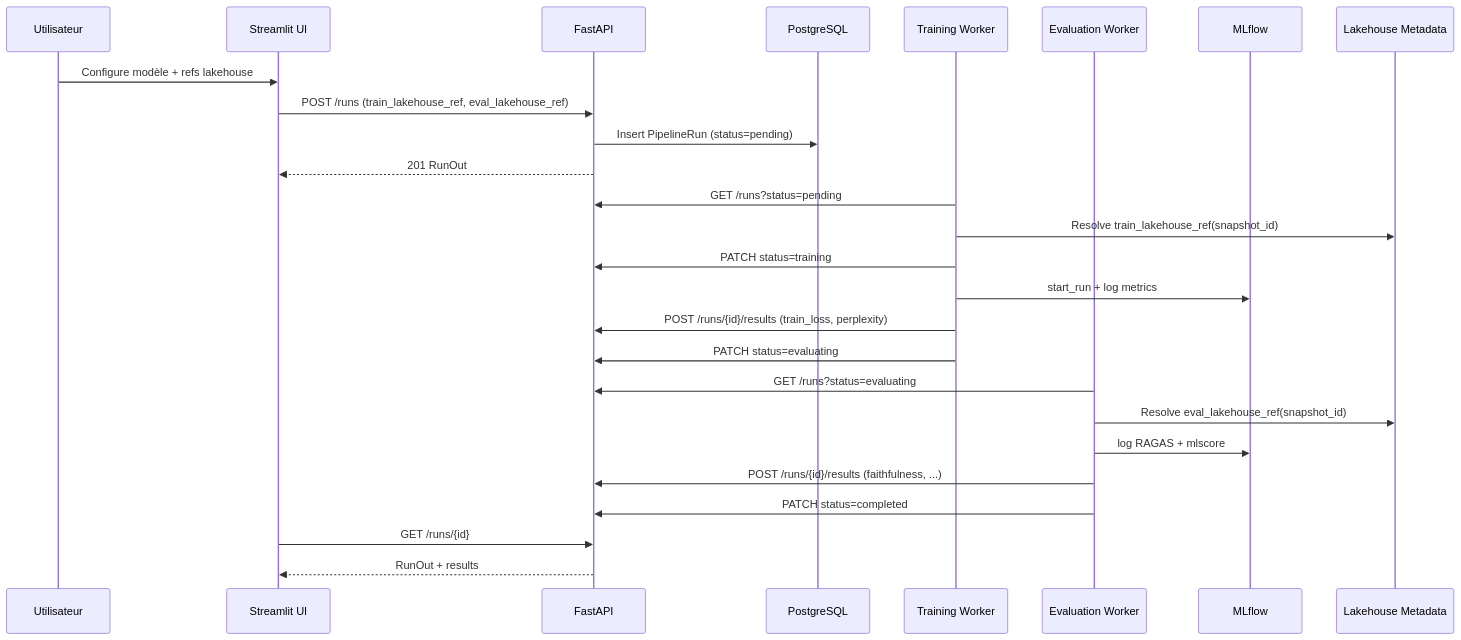
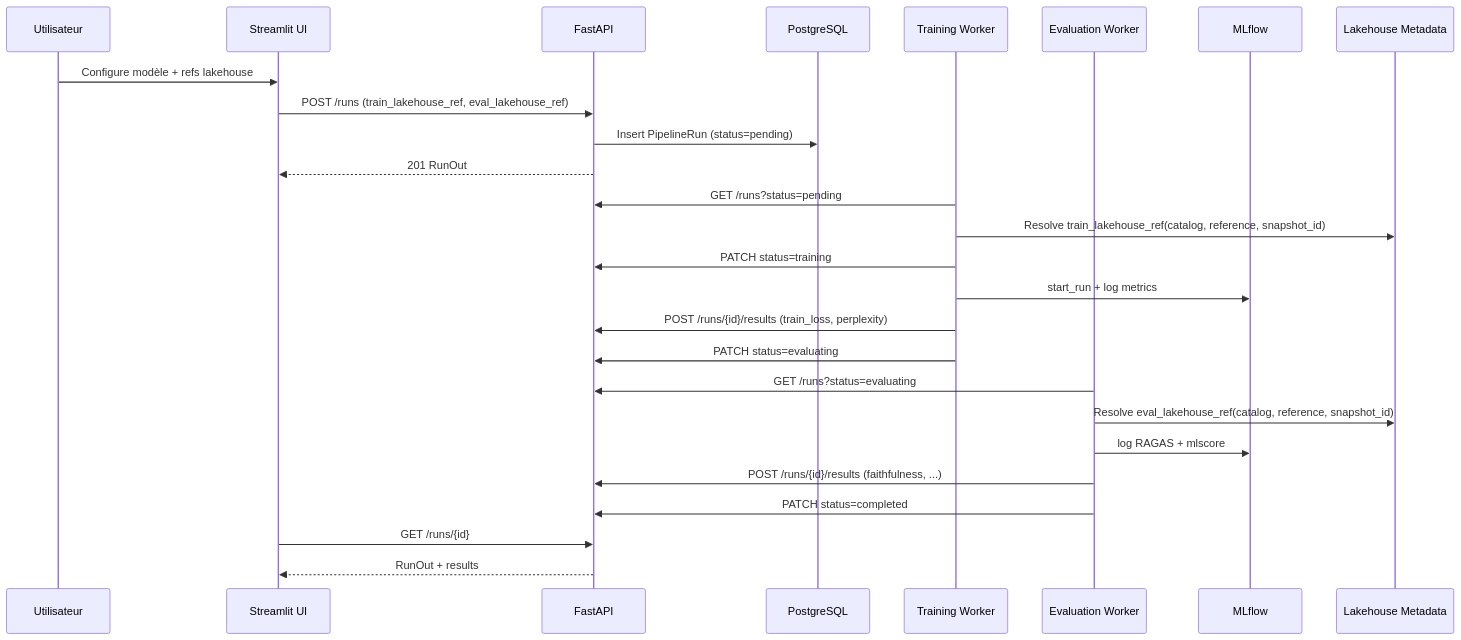
The second of 4 diagrams in docs/uml_schemas.md (tecuzin/mlops), drawn with Mermaid before and after one commit. The commit also changed other lines of this file and 22 other files, not shown here.

First line of the commit message:
feat: wire Nessie catalog into lakehouse runtime flow

````diff
--- a/docs/uml_schemas.md
+++ b/docs/uml_schemas.md
@@ -32,32 +32,32 @@
 ```mermaid
 sequenceDiagram
     participant User as Utilisateur
     participant UI as Streamlit UI
     participant API as FastAPI
     participant DB as PostgreSQL
     participant TW as Training Worker
     participant EW as Evaluation Worker
     participant ML as MLflow
     participant Meta as Lakehouse Metadata
 
     User->>UI: Configure modèle + refs lakehouse
     UI->>API: POST /runs (train_lakehouse_ref, eval_lakehouse_ref)
     API->>DB: Insert PipelineRun (status=pending)
     API-->>UI: 201 RunOut
 
     TW->>API: GET /runs?status=pending
-    TW->>Meta: Resolve train_lakehouse_ref(snapshot_id)
+    TW->>Meta: Resolve train_lakehouse_ref(catalog, reference, snapshot_id)
     TW->>API: PATCH status=training
     TW->>ML: start_run + log metrics
     TW->>API: POST /runs/{id}/results (train_loss, perplexity)
     TW->>API: PATCH status=evaluating
 
     EW->>API: GET /runs?status=evaluating
-    EW->>Meta: Resolve eval_lakehouse_ref(snapshot_id)
+    EW->>Meta: Resolve eval_lakehouse_ref(catalog, reference, snapshot_id)
     EW->>ML: log RAGAS + mlscore
     EW->>API: POST /runs/{id}/results (faithfulness, ...)
     EW->>API: PATCH status=completed
 
     UI->>API: GET /runs/{id}
     API-->>UI: RunOut + results
 ```
````
